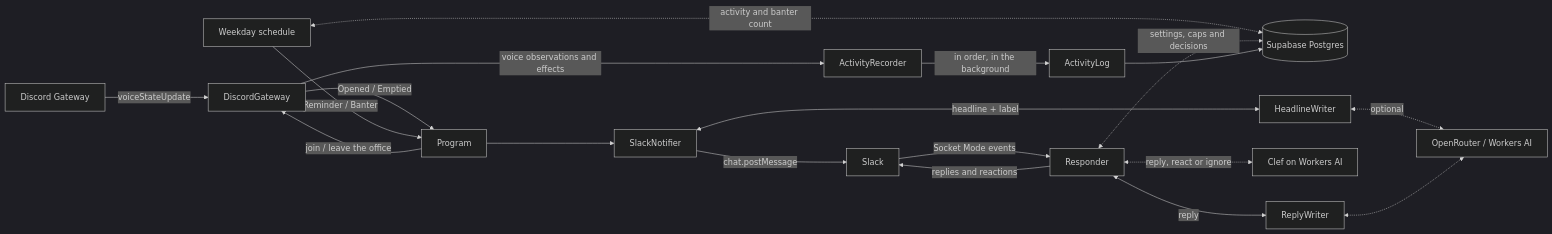
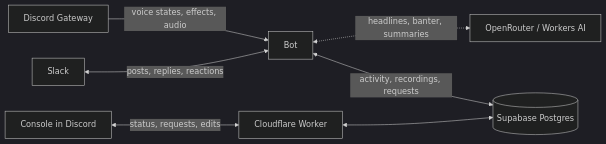
One commit to push-based/virtual-office-notifier changed the diagram in README.md. Above: the diagram before and after it, drawn with Mermaid (dark theme). The commit also changed other lines of this file and 10 other files, not shown here.

````diff
--- a/README.md
+++ b/README.md
@@ -89,21 +50,9 @@
 ```mermaid
 flowchart LR
-  Discord[Discord Gateway] -->|voiceStateUpdate| Gateway[DiscordGateway]
-  Gateway -->|Opened / Emptied| Program
-  Schedule[Weekday schedule] -->|Reminder / Banter| Program
-  Schedule <-.->|activity and banter count| Postgres
-  Program --> Notifier[SlackNotifier]
-  Notifier <-->|headline + label| Writer[HeadlineWriter]
-  Writer <-.->|optional| AI[OpenRouter / Workers AI]
-  Notifier -->|chat.postMessage| Slack[Slack]
-  Slack -->|Socket Mode events| Responder
-  Responder <-.->|reply, react or ignore| Clef[Clef on Workers AI]
-  Responder <-->|reply| ReplyWriter
-  ReplyWriter <-.-> AI
-  Responder -->|replies and reactions| Slack
-  Responder <-.->|settings, caps and decisions| Postgres
-  Gateway -->|voice observations and effects| Recorder[ActivityRecorder]
-  Program -->|join / leave the office| Gateway
-  Recorder -->|in order, in the background| Log[ActivityLog]
-  Log --> Postgres[(Supabase Postgres)]
+  Discord[Discord Gateway] -->|voice states, effects, audio| Bot
+  Slack[Slack] <-->|posts, replies, reactions| Bot
+  Bot <-.->|headlines, banter, summaries| AI[OpenRouter / Workers AI]
+  Bot <-->|activity, recordings, requests| Postgres[(Supabase Postgres)]
+  Console[Console in Discord] <-->|status, requests, edits| Worker[Cloudflare Worker]
+  Worker <--> Postgres
 ```
````
